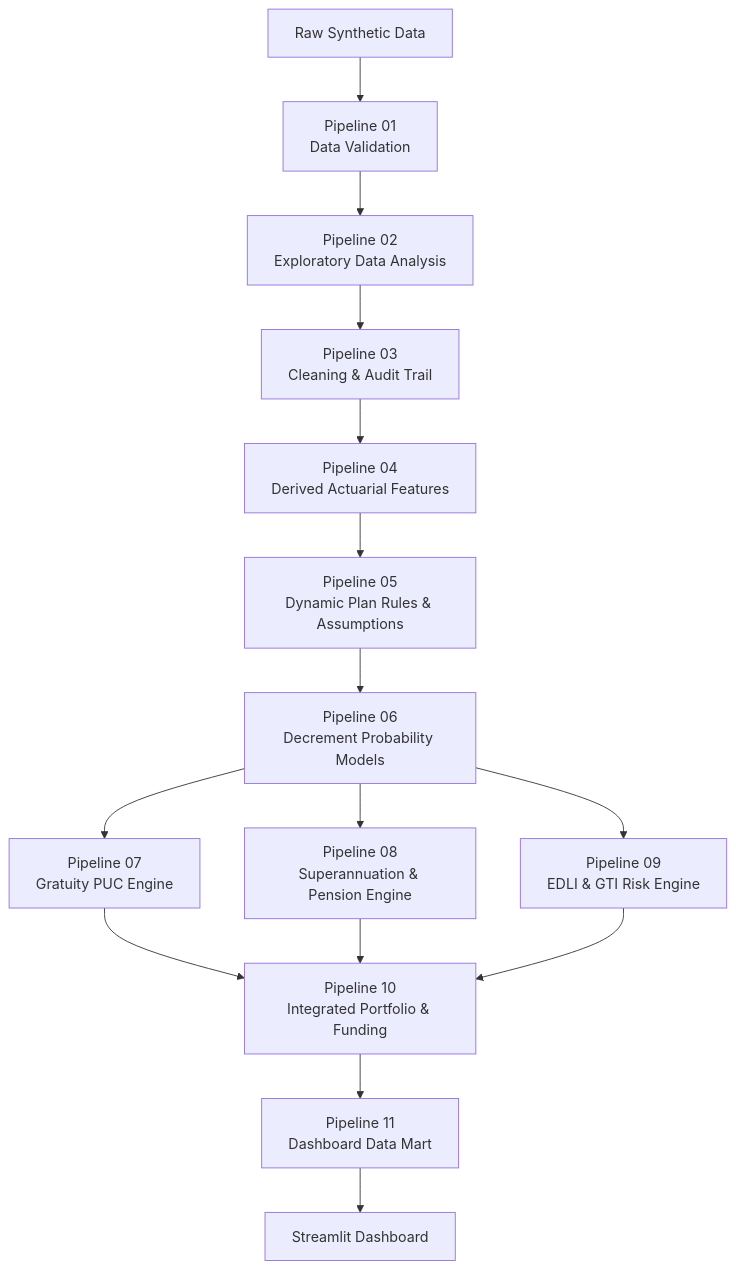
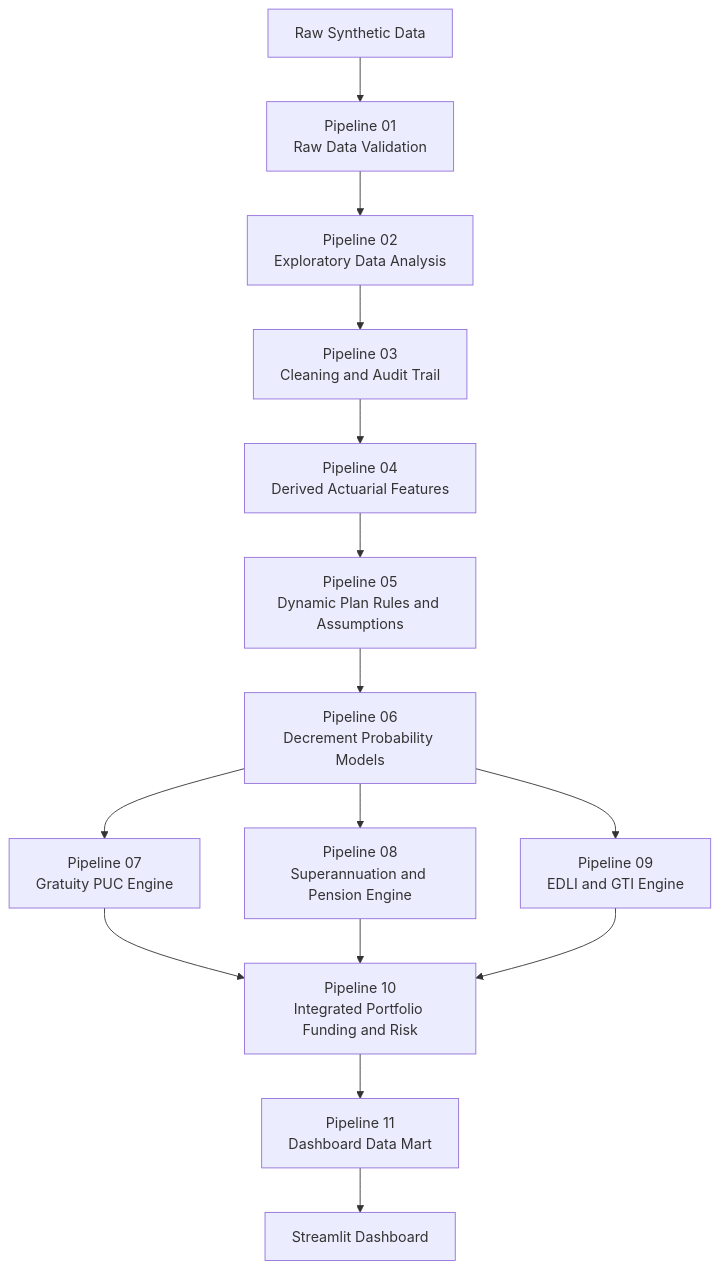
The diagram in README.md (MangeshTheMathematician/quantitative-actuarial-employee-benefits-dashboard), drawn with Mermaid before and after one commit. The commit also changed other lines of this file, not shown here.

````diff
--- a/README.md
+++ b/README.md
@@ -91,21 +135,20 @@
 ```mermaid
 flowchart TD
-
-    A[Raw Synthetic Data] --> B[Pipeline 01<br/>Data Validation]
+    A[Raw Synthetic Data] --> B[Pipeline 01<br/>Raw Data Validation]
     B --> C[Pipeline 02<br/>Exploratory Data Analysis]
-    C --> D[Pipeline 03<br/>Cleaning & Audit Trail]
+    C --> D[Pipeline 03<br/>Cleaning and Audit Trail]
     D --> E[Pipeline 04<br/>Derived Actuarial Features]
-    E --> F[Pipeline 05<br/>Dynamic Plan Rules & Assumptions]
+    E --> F[Pipeline 05<br/>Dynamic Plan Rules and Assumptions]
     F --> G[Pipeline 06<br/>Decrement Probability Models]
 
     G --> H[Pipeline 07<br/>Gratuity PUC Engine]
-    G --> I[Pipeline 08<br/>Superannuation & Pension Engine]
-    G --> J[Pipeline 09<br/>EDLI & GTI Risk Engine]
+    G --> I[Pipeline 08<br/>Superannuation and Pension Engine]
+    G --> J[Pipeline 09<br/>EDLI and GTI Engine]
 
-    H --> K[Pipeline 10<br/>Integrated Portfolio & Funding]
+    H --> K[Pipeline 10<br/>Integrated Portfolio Funding and Risk]
     I --> K
     J --> K
 
     K --> L[Pipeline 11<br/>Dashboard Data Mart]
     L --> M[Streamlit Dashboard]
 ```
````
